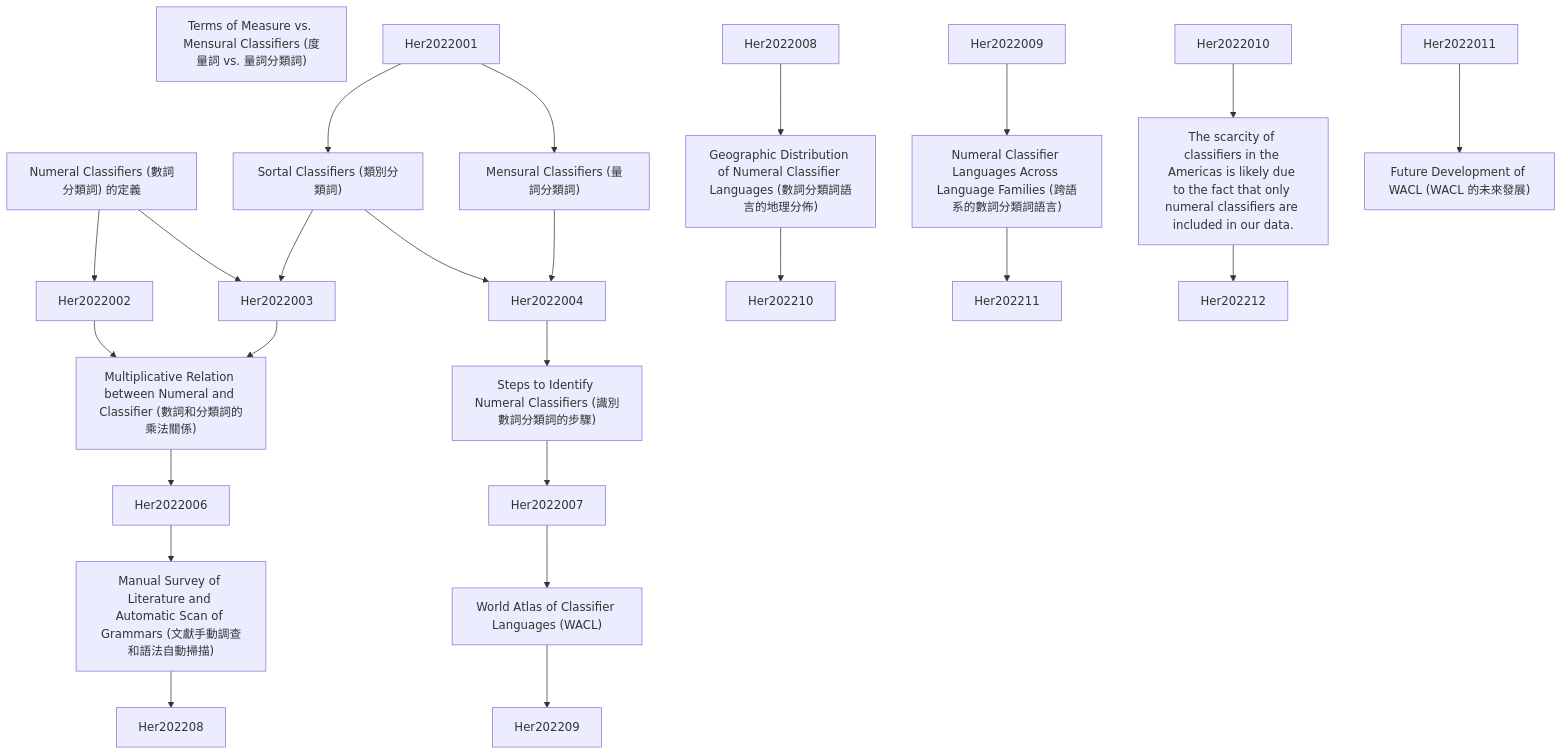
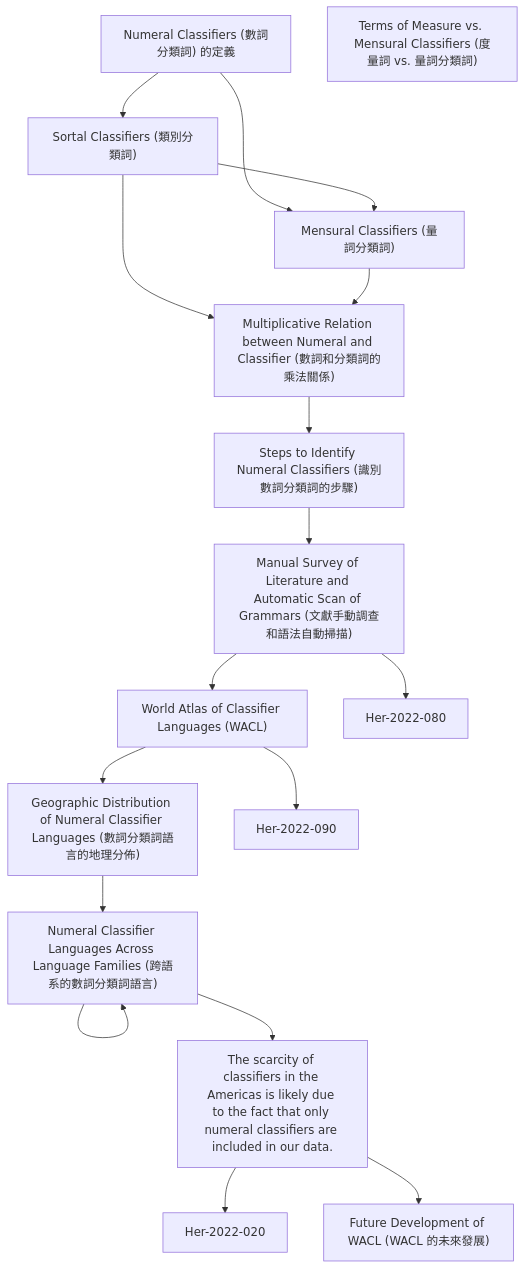
One commit to SCgeeker/Claude_Journal_Club_Agents changed the diagram in output/zettelkasten_notes/zettel_Her-2022_20251104/zettel_index.md. Above: the diagram before and after it, drawn with Mermaid. The commit also changed 776 other files, not shown here.

````diff
--- a/output/zettelkasten_notes/zettel_Her-2022_20251104/zettel_index.md
+++ b/output/zettelkasten_notes/zettel_Her-2022_20251104/zettel_index.md
@@ -92,74 +92,65 @@
 ```mermaid
 graph TD
 
     Her-2022-001["Numeral Classifiers (數詞分類詞) 的定義"]
 
     Her-2022-002["Sortal Classifiers (類別分類詞)"]
 
     Her-2022-003["Mensural Classifiers (量詞分類詞)"]
 
     Her-2022-004["Multiplicative Relation between Numeral and Classifier (數詞和分類詞的乘法關係)"]
 
     Her-2022-005["Terms of Measure vs. Mensural Classifiers (度量詞 vs. 量詞分類詞)"]
 
     Her-2022-006["Steps to Identify Numeral Classifiers (識別數詞分類詞的步驟)"]
 
     Her-2022-007["Manual Survey of Literature and Automatic Scan of Grammars (文獻手動調查和語法自動掃描)"]
 
     Her-2022-008["World Atlas of Classifier Languages (WACL)"]
 
     Her-2022-009["Geographic Distribution of Numeral Classifier Languages (數詞分類詞語言的地理分佈)"]
 
     Her-2022-010["Numeral Classifier Languages Across Language Families (跨語系的數詞分類詞語言)"]
 
     Her-2022-011["The scarcity of classifiers in the Americas is likely due to the fact that only numeral classifiers are included in our data."]
 
     Her-2022-012["Future Development of WACL (WACL 的未來發展)"]
 
-    Her-2022-001 --> Her2022002
+    Her-2022-001 --> Her-2022-002
 
-    Her-2022-001 --> Her2022003
+    Her-2022-001 --> Her-2022-003
 
-    Her2022001 --> Her-2022-002
 
-    Her-2022-002 --> Her2022003
+    Her-2022-002 --> Her-2022-003
 
-    Her-2022-002 --> Her2022004
+    Her-2022-002 --> Her-2022-004
 
-    Her2022001 --> Her-2022-003
 
-    Her-2022-003 --> Her2022004
+    Her-2022-003 --> Her-2022-004
 
-    Her2022002 --> Her-2022-004
+    Her-2022-004 --> Her-2022-006
 
-    Her2022003 --> Her-2022-004
 
-    Her-2022-004 --> Her2022006
+    Her-2022-006 --> Her-2022-007
 
-    Her2022004 --> Her-2022-006
 
-    Her-2022-006 --> Her2022007
+    Her-2022-007 --> Her-2022-080
 
-    Her2022006 --> Her-2022-007
+    Her-2022-007 --> Her-2022-008
 
-    Her-2022-007 --> Her202208
+    Her-2022-008 --> Her-2022-090
 
-    Her2022007 --> Her-2022-008
+    Her-2022-008 --> Her-2022-009
 
-    Her-2022-008 --> Her202209
 
-    Her2022008 --> Her-2022-009
+    Her-2022-009 --> Her-2022-010
 
-    Her-2022-009 --> Her202210
+    Her-2022-010 --> Her-2022-010
 
-    Her2022009 --> Her-2022-010
+    Her-2022-010 --> Her-2022-011
 
-    Her-2022-010 --> Her202211
+    Her-2022-011 --> Her-2022-020
 
-    Her2022010 --> Her-2022-011
-
-    Her-2022-011 --> Her202212
-
-    Her2022011 --> Her-2022-012
+    Her-2022-011 --> Her-2022-012
 
 ```
````
